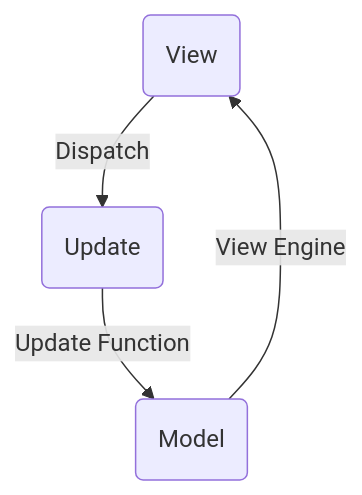
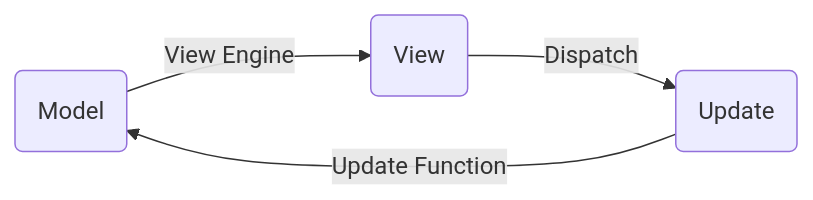
One commit to clbrem/bolero-agents changed the first of 3 diagrams in src/Client/Architectures.md. Above: the diagram before and after it, drawn with Mermaid. The commit also changed other lines of this file and 8 other files, not shown here.

````diff
--- a/src/Client/Architectures.md
+++ b/src/Client/Architectures.md
@@ -4,6 +4,6 @@
 ```mermaid
-flowchart TD
+flowchart LR
+    Model(Model) -->|View Engine| View
     View(View) -->|Dispatch| Update
-    Model(Model) -->|View Engine| View 
     Update(Update) -->|Update Function| Model    
 ```
````
